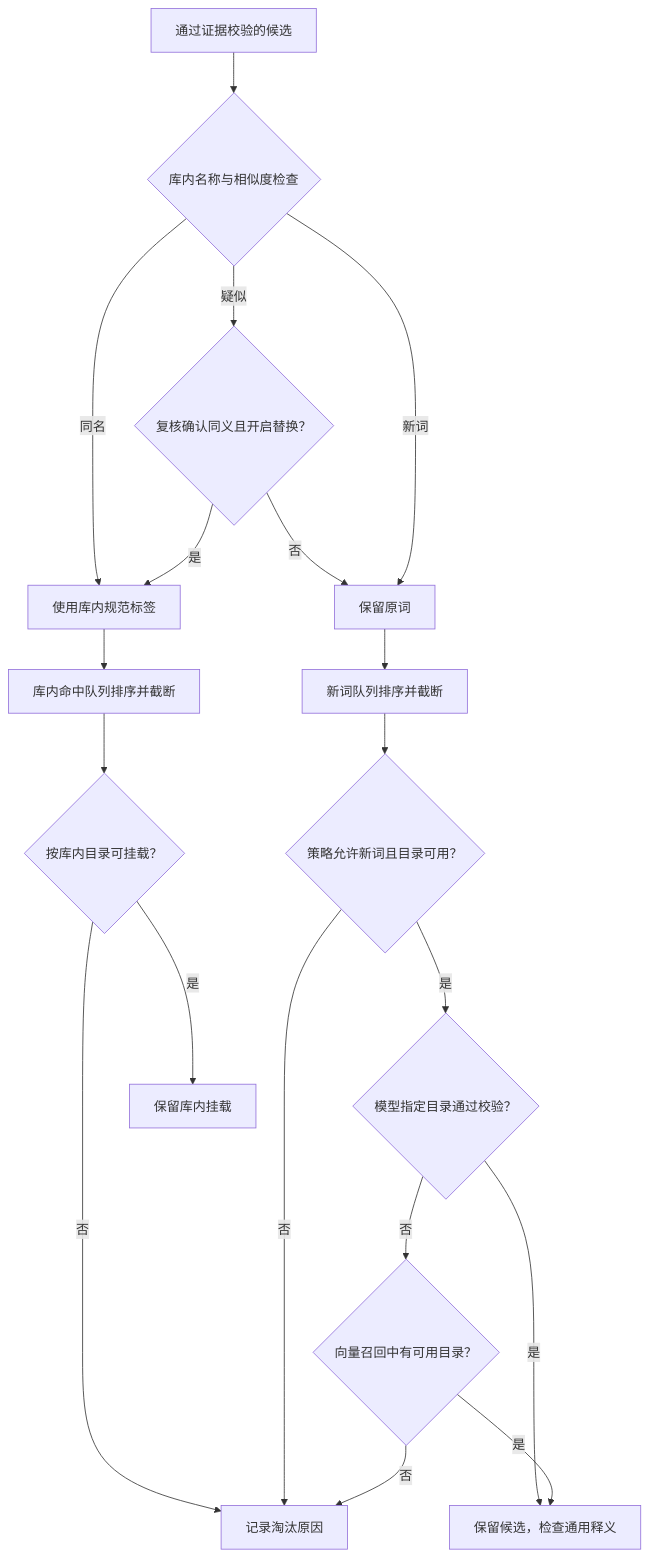
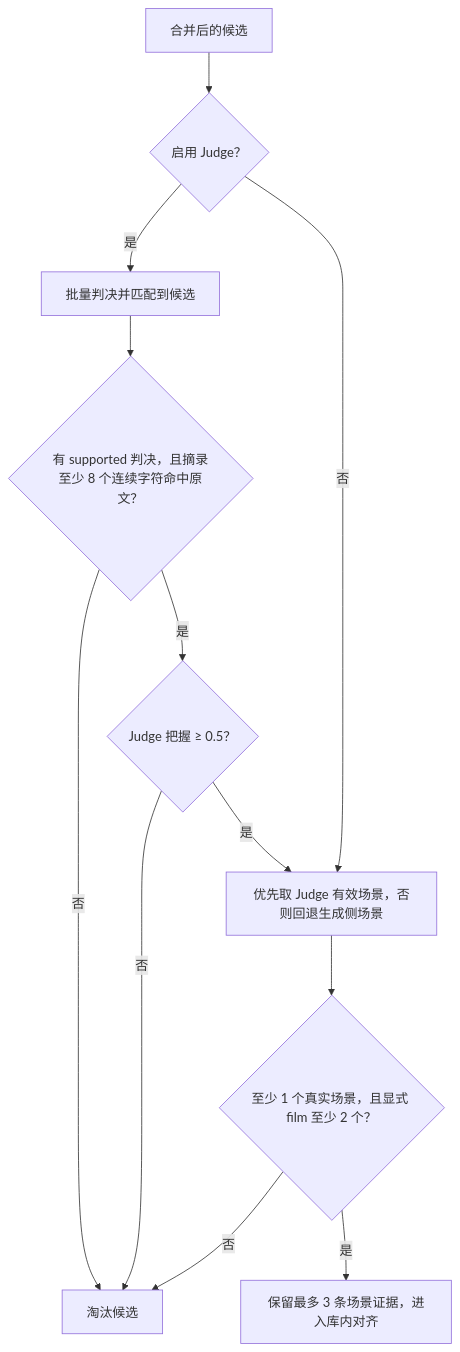
Before and after one commit to morning-gu/intelligent-tag-platform: the second of 3 diagrams in docs/open-tag-generation.md, drawn with Mermaid. The commit also changed other lines of this file, not shown here.

Commit message:
细化开放标签生成算法与流程图

````diff
--- a/docs/open-tag-generation.md
+++ b/docs/open-tag-generation.md
@@ -79,21 +99,14 @@
 ```mermaid
 flowchart TD
-    A["通过证据校验的候选"] --> B{"库内名称与相似度检查"}
-    B -->|同名| C["使用库内规范标签"]
-    B -->|疑似| D{"复核确认同义且开启替换？"}
-    D -->|是| C
-    D -->|否| E["保留原词"]
-    B -->|新词| E
-    C --> F["库内命中队列排序并截断"]
-    E --> G["新词队列排序并截断"]
-    F --> H{"按库内目录可挂载？"}
-    G --> I{"策略允许新词且目录可用？"}
-    I -->|是| J{"模型指定目录通过校验？"}
-    J -->|否| K{"向量召回中有可用目录？"}
-    J -->|是| L["保留候选，检查通用释义"]
-    K -->|是| L
-    H -->|是| M["保留库内挂载"]
-    H -->|否| N["记录淘汰原因"]
-    I -->|否| N
-    K -->|否| N
+    A["合并后的候选"] --> B{"启用 Judge？"}
+    B -->|是| C["批量判决并匹配到候选"]
+    C --> D{"有 supported 判决，且摘录至少 8 个连续字符命中原文？"}
+    D -->|否| X["淘汰候选"]
+    D -->|是| E{"Judge 把握 ≥ 0.5？"}
+    E -->|否| X
+    E -->|是| F["优先取 Judge 有效场景，否则回退生成侧场景"]
+    B -->|否| F
+    F --> G{"至少 1 个真实场景，且显式 film 至少 2 个？"}
+    G -->|否| X
+    G -->|是| H["保留最多 3 条场景证据，进入库内对齐"]
 ```
````
